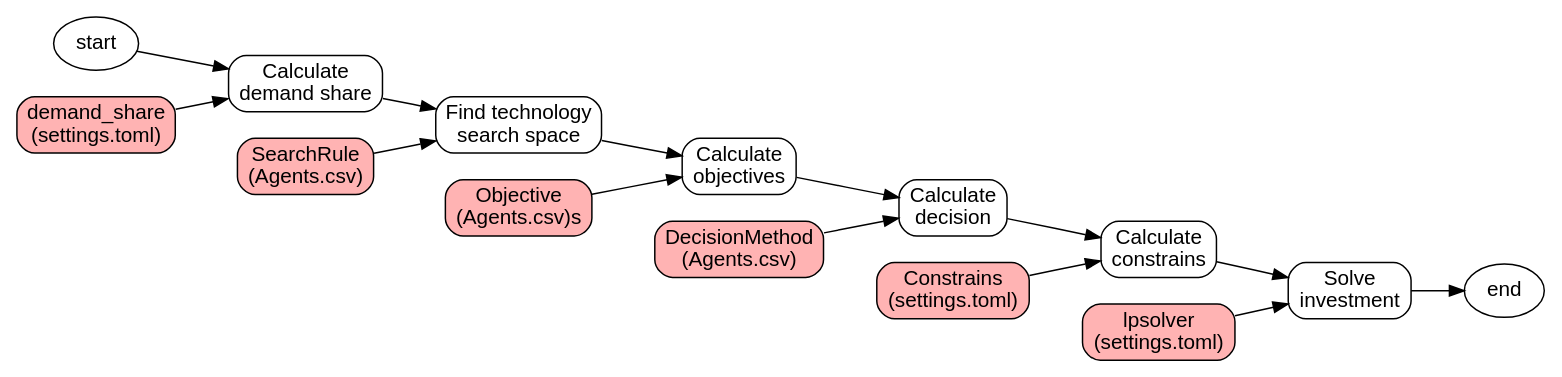
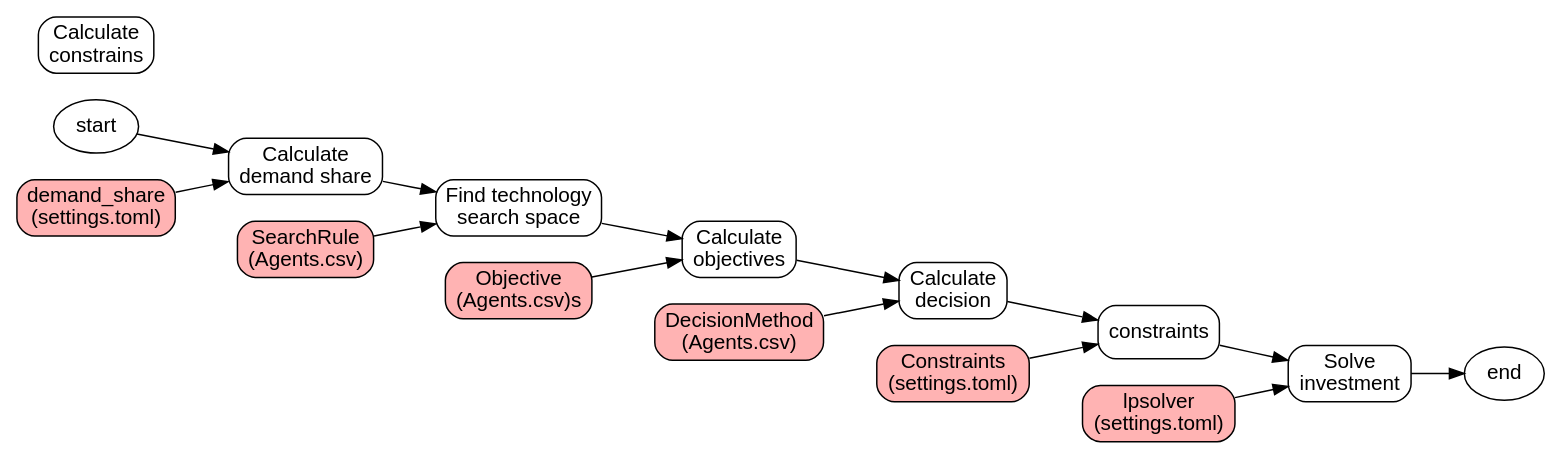
Diagram 11 of 12 in docs/application-flow.rst (EnergySystemsModellingLab/MUSE_OS), drawn with Graphviz before and after one commit. The commit also changed other lines of this file and 18 other files, not shown here.

```diff
--- a/docs/application-flow.rst
+++ b/docs/application-flow.rst
@@ -420,34 +420,34 @@
 .. graphviz::
     :align: center
     :alt: Investment stage of a subsector calculation
 
     digraph dispatch {
             fontname="Helvetica,Arial,sans-serif"
             node [fontname="Helvetica,Arial,sans-serif", shape=box, style=rounded]
             edge [fontname="Helvetica,Arial,sans-serif"]
             rankdir=LR
             clusterrank=local
             newrank=true
 
             {node [shape=""]; start; end;}
             demand_share [label="Calculate\ndemand share"]
             search [label="Find technology\nsearch space"];
             objectives [label="Calculate\nobjectives"];
             decision [label="Calculate\ndecision"];
             constrains [label="Calculate\nconstrains"]
             invest [label="Solve\ninvestment"]
             input_demand[label="demand_share\n(settings.toml)", fillcolor="#ffb3b3", style="rounded,filled"]
             input_search[label="SearchRule\n(Agents.csv)", fillcolor="#ffb3b3", style="rounded,filled"]
             input_objectives[label="Objective\n(Agents.csv)s", fillcolor="#ffb3b3", style="rounded,filled"]
             input_decision[label="DecisionMethod\n(Agents.csv)", fillcolor="#ffb3b3", style="rounded,filled"]
-            input_constrains[label="Constrains\n(settings.toml)", fillcolor="#ffb3b3", style="rounded,filled"]
+            input_constraints[label="Constraints\n(settings.toml)", fillcolor="#ffb3b3", style="rounded,filled"]
             input_solver[label="lpsolver\n(settings.toml)", fillcolor="#ffb3b3", style="rounded,filled"]
 
-            start ->  demand_share -> search -> objectives -> decision -> constrains -> invest -> end
+            start ->  demand_share -> search -> objectives -> decision -> constraints -> invest -> end
             input_demand -> demand_share
             input_search -> search
             input_objectives -> objectives
             input_decision -> decision
-            input_constrains -> constrains
+            input_constraints -> constraints
             input_solver -> invest
         }
```
